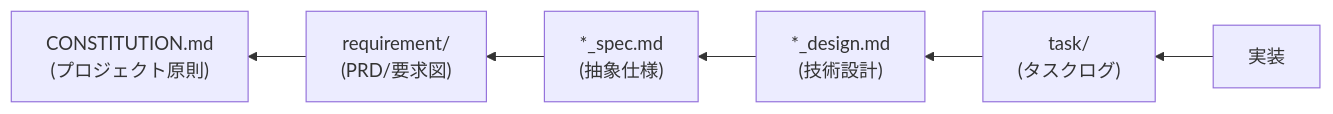
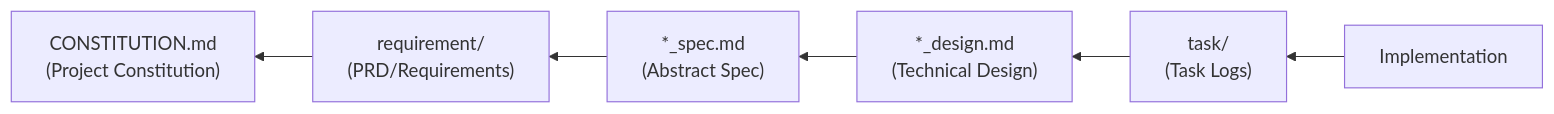
The diagram in .sdd/AI-SDD-PRINCIPLES.md (ToshikiImagawa/slide-presentation-app), drawn with Mermaid before and after one commit. The commit also changed other lines of this file and 2 other files, not shown here.

````diff
--- a/.sdd/AI-SDD-PRINCIPLES.md
+++ b/.sdd/AI-SDD-PRINCIPLES.md
@@ -253,8 +252,8 @@
 ```mermaid
 graph RL
-    IMPL[実装] --> TASK["task/<br/>(タスクログ)"]
-    TASK --> DESIGN["*_design.md<br/>(技術設計)"]
-    DESIGN --> SPEC["*_spec.md<br/>(抽象仕様)"]
-    SPEC --> PRD["requirement/<br/>(PRD/要求図)"]
-    PRD --> CONST["CONSTITUTION.md<br/>(プロジェクト原則)"]
+    IMPL[Implementation] --> TASK["task/<br/>(Task Logs)"]
+    TASK --> DESIGN["*_design.md<br/>(Technical Design)"]
+    DESIGN --> SPEC["*_spec.md<br/>(Abstract Spec)"]
+    SPEC --> PRD["requirement/<br/>(PRD/Requirements)"]
+    PRD --> CONST["CONSTITUTION.md<br/>(Project Constitution)"]
 ```
````
